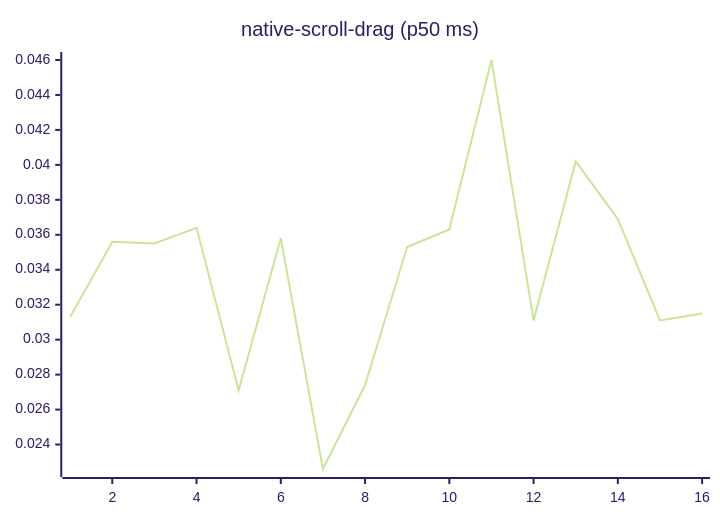
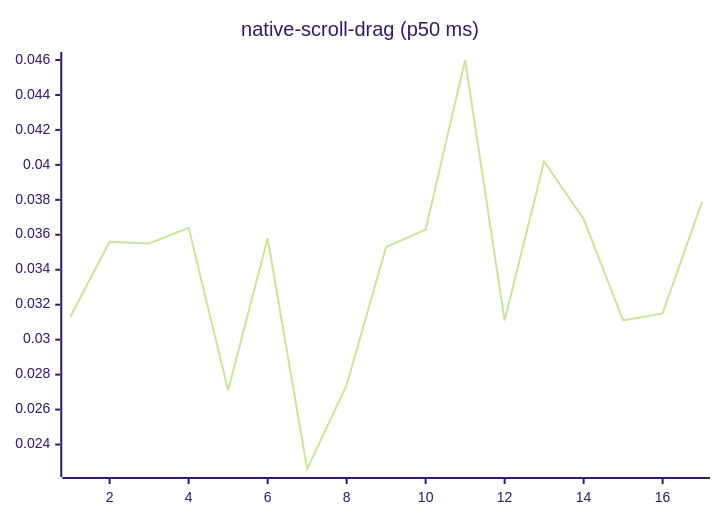
Diagram 14 of 27 in README.md (josha/Facet), drawn with Mermaid (forest theme) before and after one commit. The commit also changed other lines of this file and 2 other files, not shown here.

````diff
--- a/README.md
+++ b/README.md
@@ -154,6 +154,6 @@
 ```mermaid
 xychart-beta
     title "native-scroll-drag (p50 ms)"
-    x-axis 1 --> 16
-    line [0.0313, 0.0356, 0.0355, 0.0364, 0.0271, 0.0358, 0.0226, 0.0274, 0.0353, 0.0363, 0.0460, 0.0311, 0.0402, 0.0369, 0.0311, 0.0315]
+    x-axis 1 --> 17
+    line [0.0313, 0.0356, 0.0355, 0.0364, 0.0271, 0.0358, 0.0226, 0.0274, 0.0353, 0.0363, 0.0460, 0.0311, 0.0402, 0.0369, 0.0311, 0.0315, 0.0379]
 ```
````
